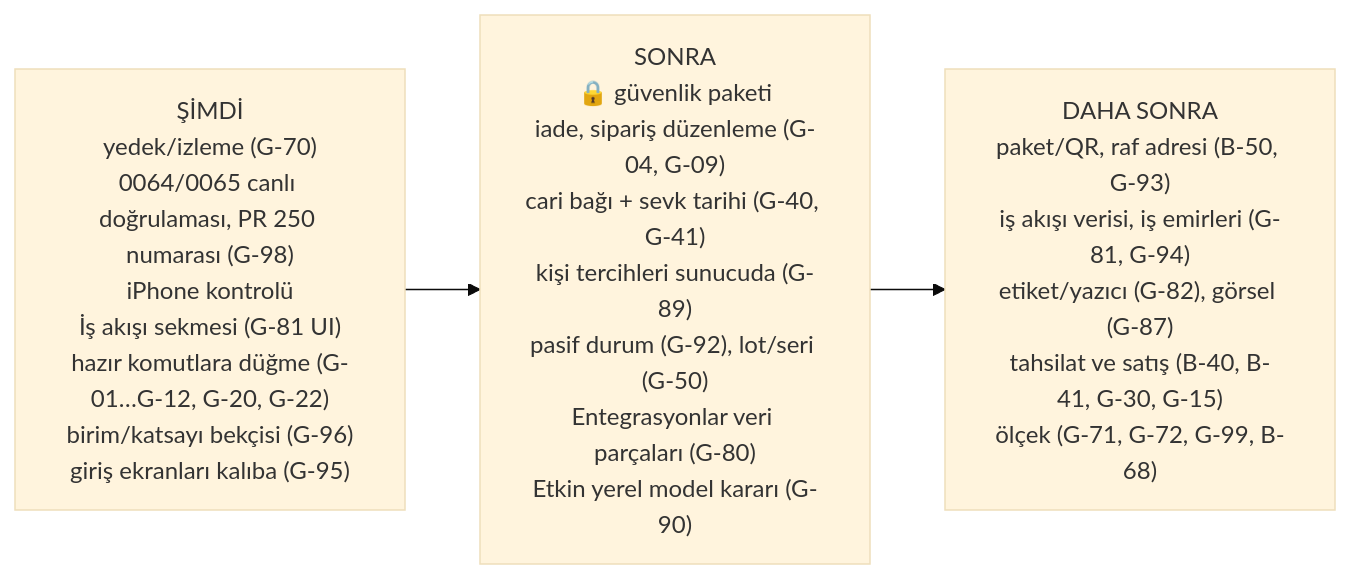
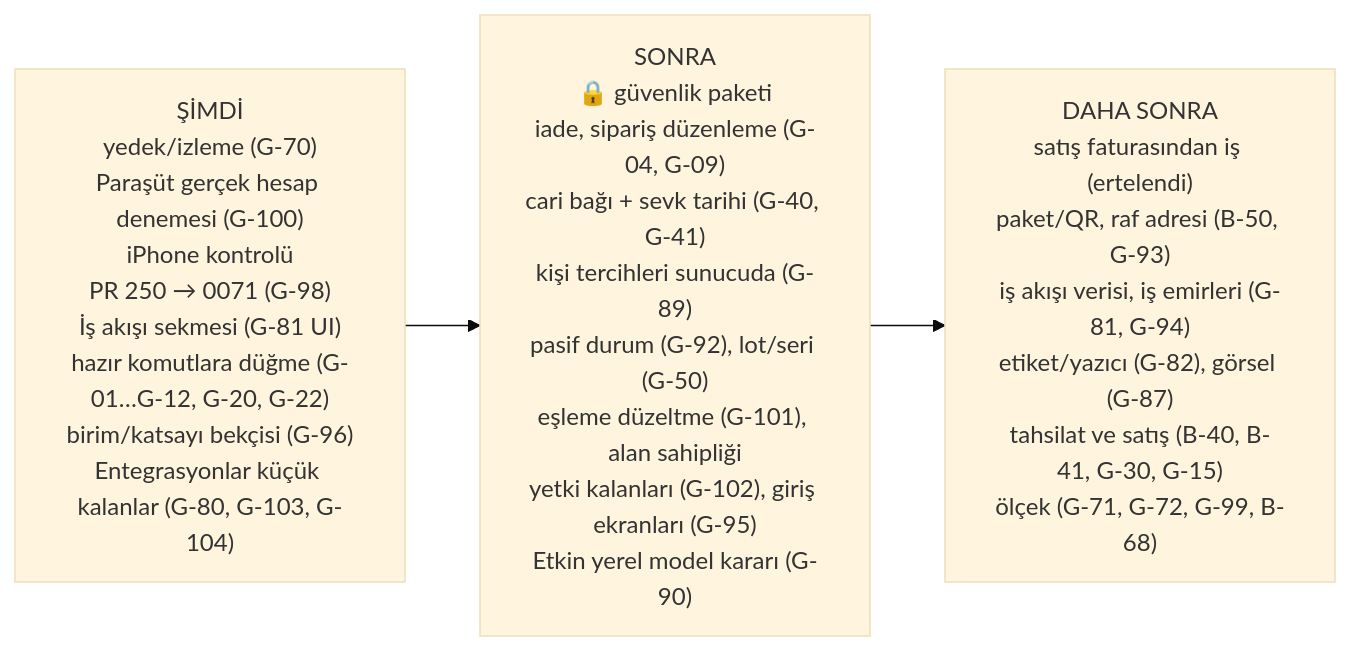
The diagram in docs/fonksiyonel-mimari/04-gap-analizi.md (shosgoren/EtkinWMS), drawn with Mermaid (base theme) before and after one commit. The commit also changed other lines of this file and 9 other files, not shown here.

````diff
--- a/docs/fonksiyonel-mimari/04-gap-analizi.md
+++ b/docs/fonksiyonel-mimari/04-gap-analizi.md
@@ -179,5 +206,5 @@
 ```mermaid
 flowchart LR
-  A["ŞİMDİ<br/>yedek/izleme (G-70)<br/>0064/0065 canlı doğrulaması, PR 250 numarası (G-98)<br/>iPhone kontrolü<br/>İş akışı sekmesi (G-81 UI)<br/>hazır komutlara düğme (G-01…G-12, G-20, G-22)<br/>birim/katsayı bekçisi (G-96)<br/>giriş ekranları kalıba (G-95)"] --> B["SONRA<br/>🔒 güvenlik paketi<br/>iade, sipariş düzenleme (G-04, G-09)<br/>cari bağı + sevk tarihi (G-40, G-41)<br/>kişi tercihleri sunucuda (G-89)<br/>pasif durum (G-92), lot/seri (G-50)<br/>Entegrasyonlar veri parçaları (G-80)<br/>Etkin yerel model kararı (G-90)"]
-  B --> C["DAHA SONRA<br/>paket/QR, raf adresi (B-50, G-93)<br/>iş akışı verisi, iş emirleri (G-81, G-94)<br/>etiket/yazıcı (G-82), görsel (G-87)<br/>tahsilat ve satış (B-40, B-41, G-30, G-15)<br/>ölçek (G-71, G-72, G-99, B-68)"]
+  A["ŞİMDİ<br/>yedek/izleme (G-70)<br/>Paraşüt gerçek hesap denemesi (G-100)<br/>iPhone kontrolü<br/>PR 250 → 0071 (G-98)<br/>İş akışı sekmesi (G-81 UI)<br/>hazır komutlara düğme (G-01…G-12, G-20, G-22)<br/>birim/katsayı bekçisi (G-96)<br/>Entegrasyonlar küçük kalanlar (G-80, G-103, G-104)"] --> B["SONRA<br/>🔒 güvenlik paketi<br/>iade, sipariş düzenleme (G-04, G-09)<br/>cari bağı + sevk tarihi (G-40, G-41)<br/>kişi tercihleri sunucuda (G-89)<br/>pasif durum (G-92), lot/seri (G-50)<br/>eşleme düzeltme (G-101), alan sahipliği<br/>yetki kalanları (G-102), giriş ekranları (G-95)<br/>Etkin yerel model kararı (G-90)"]
+  B --> C["DAHA SONRA<br/>satış faturasından iş (ertelendi)<br/>paket/QR, raf adresi (B-50, G-93)<br/>iş akışı verisi, iş emirleri (G-81, G-94)<br/>etiket/yazıcı (G-82), görsel (G-87)<br/>tahsilat ve satış (B-40, B-41, G-30, G-15)<br/>ölçek (G-71, G-72, G-99, B-68)"]
 ```
````
